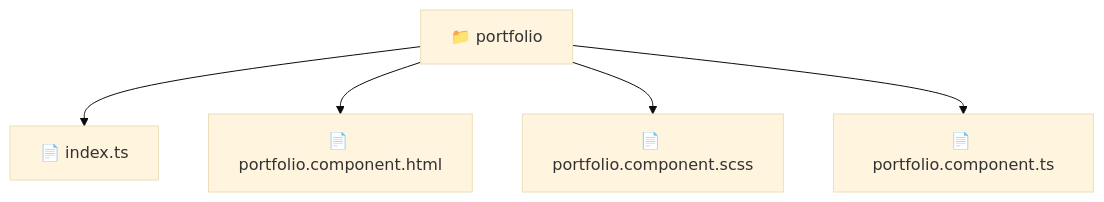
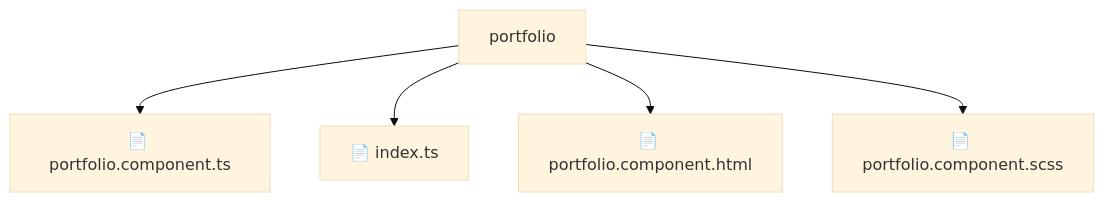
One commit to beginwebdev2002/fullstack-mavluda changed the diagram in frontend/src/pages/portfolio/README.md. Above: the diagram before and after it, drawn with Mermaid (base theme). The commit also changed other lines of this file and 155 other files, not shown here.

````diff
--- a/frontend/src/pages/portfolio/README.md
+++ b/frontend/src/pages/portfolio/README.md
@@ -10,8 +14,8 @@
 ```mermaid
 graph TD
-  Root["📁 portfolio"]
-  Root --> indexts["📄 index.ts"]
-  Root --> portfoliocomponenthtml["📄 portfolio.component.html"]
-  Root --> portfoliocomponentscss["📄 portfolio.component.scss"]
-  Root --> portfoliocomponentts["📄 portfolio.component.ts"]
+    Root[portfolio]
+    Root --> F0[📄 portfolio.component.ts]
+    Root --> F1[📄 index.ts]
+    Root --> F2[📄 portfolio.component.html]
+    Root --> F3[📄 portfolio.component.scss]
 ```
````
